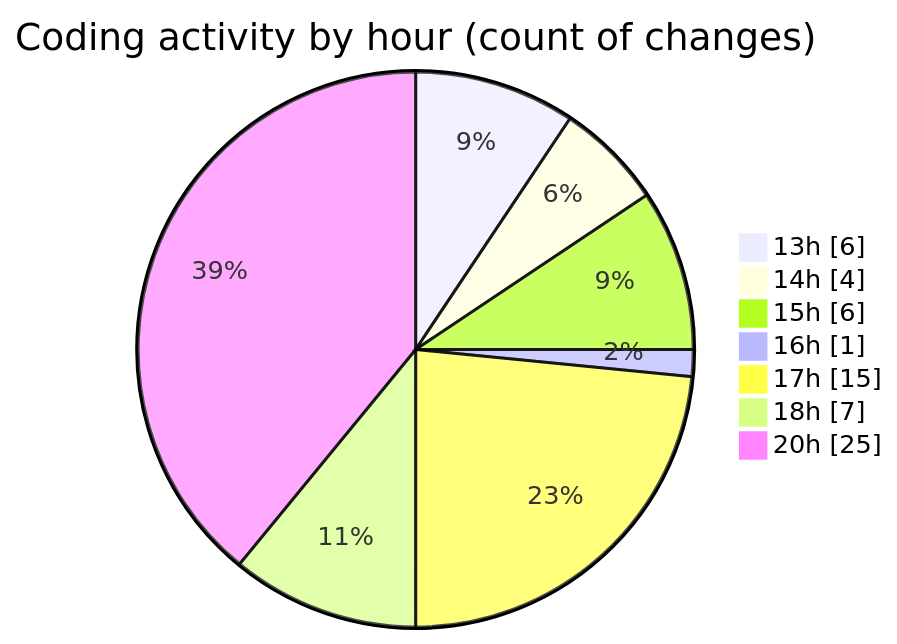
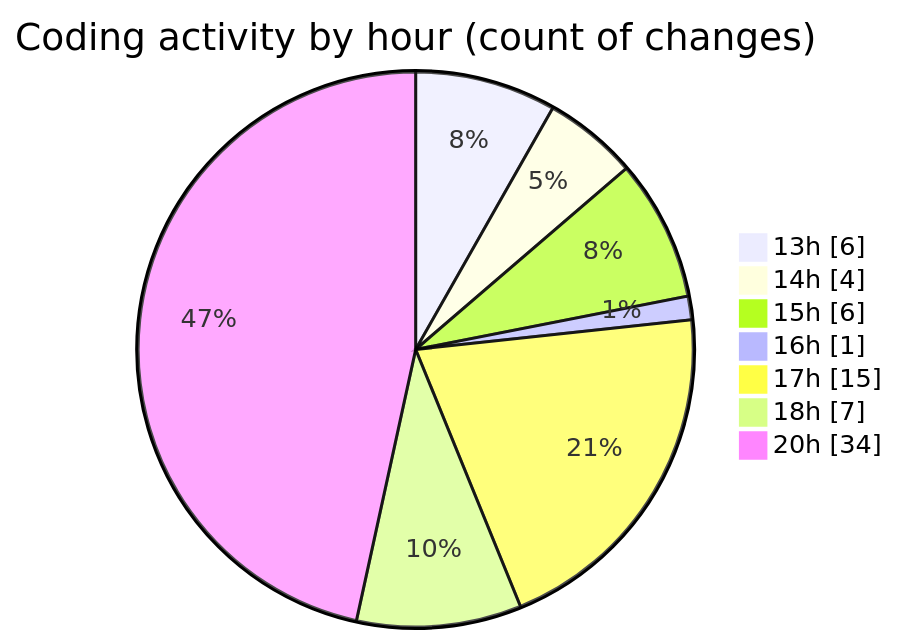
One commit to Elitesun/code-tracking changed the second of 2 diagrams in 2025-05-17/niten/README.md. Above: the diagram before and after it, drawn with Mermaid. The commit also changed other lines of this file and 1 other file, not shown here.

````diff
--- a/2025-05-17/niten/README.md
+++ b/2025-05-17/niten/README.md
@@ -50,11 +60,11 @@
 ```mermaid
 pie showData
 title Coding activity by hour (count of changes)
 "13h" : 6
 "14h" : 4
 "15h" : 6
 "16h" : 1
 "17h" : 15
 "18h" : 7
-"20h" : 25
+"20h" : 34
 ```
````
